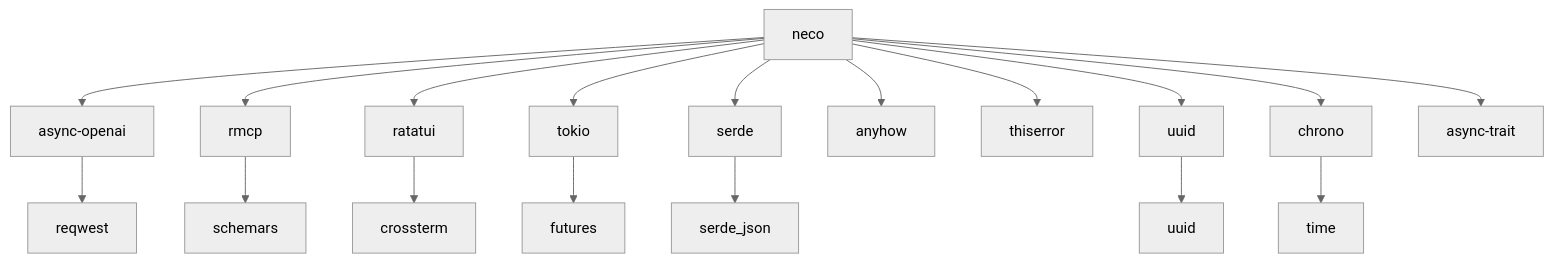
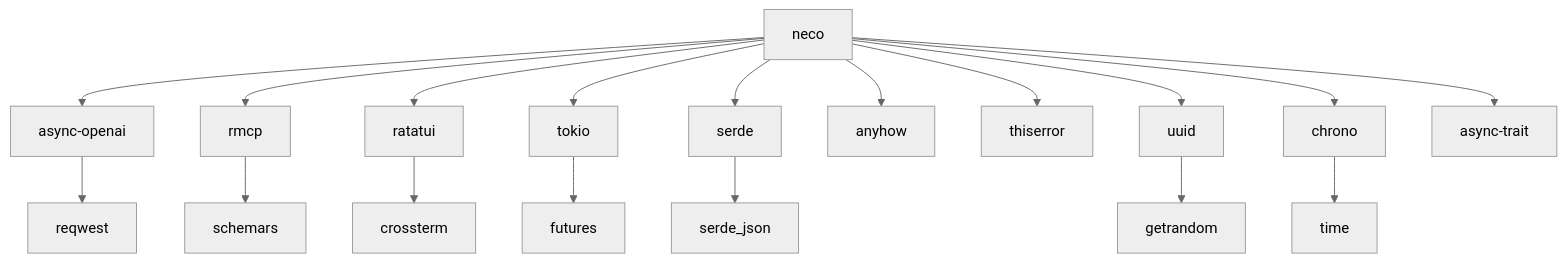
One commit to MiyakoMeow/neco changed diagram 23 of 23 in progress/TECH.md. Above: the diagram before and after it, drawn with Mermaid (neutral theme). The commit also changed 8 other files, not shown here.

````diff
--- a/progress/TECH.md
+++ b/progress/TECH.md
@@ -2839,21 +2839,21 @@
 ```mermaid
 graph TD
     A[neco] --> B[async-openai]
     A --> C[rmcp]
     A --> D[ratatui]
     A --> E[tokio]
     A --> F[serde]
     A --> G[anyhow]
     A --> H[thiserror]
     A --> M[uuid]
     A --> P[chrono]
     A --> Q[async-trait]
 
     B --> I[reqwest]
     C --> J[schemars]
     D --> K[crossterm]
     E --> L[futures]
     F --> N[serde_json]
-    M --> O[uuid]
+    M --> O[getrandom]
     P --> R[time]
 ```
````
